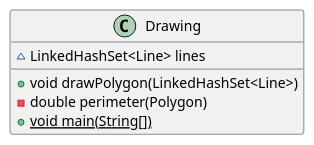
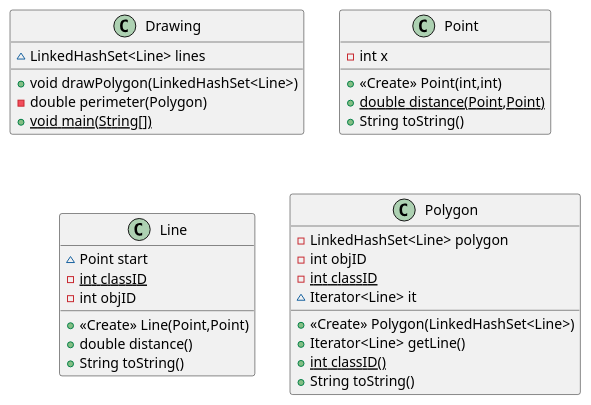
One commit to chvaldez10/MEng-Fall-Group changed the diagram in Playground/Christian/Assignment 1/assignment1/drawing.puml. Above: the diagram before and after it, drawn with PlantUML. The commit also changed 7 other files, not shown here.

```diff
--- a/Playground/Christian/Assignment 1/assignment1/drawing.puml
+++ b/Playground/Christian/Assignment 1/assignment1/drawing.puml
@@ -1,8 +1,32 @@
 @startuml
 class Drawing {
 ~ LinkedHashSet<Line> lines
 + void drawPolygon(LinkedHashSet<Line>)
 - double perimeter(Polygon)
 + {static} void main(String[])
 }
+class Point {
+- int x
++ <<Create>> Point(int,int)
++ {static} double distance(Point,Point)
++ String toString()
+}
+class Line {
+~ Point start
+- {static} int classID
+- int objID
++ <<Create>> Line(Point,Point)
++ double distance()
++ String toString()
+}
+class Polygon {
+- LinkedHashSet<Line> polygon
+- int objID
+- {static} int classID
+~ Iterator<Line> it
++ <<Create>> Polygon(LinkedHashSet<Line>)
++ Iterator<Line> getLine()
++ {static} int classID()
++ String toString()
+}
 @enduml
```
